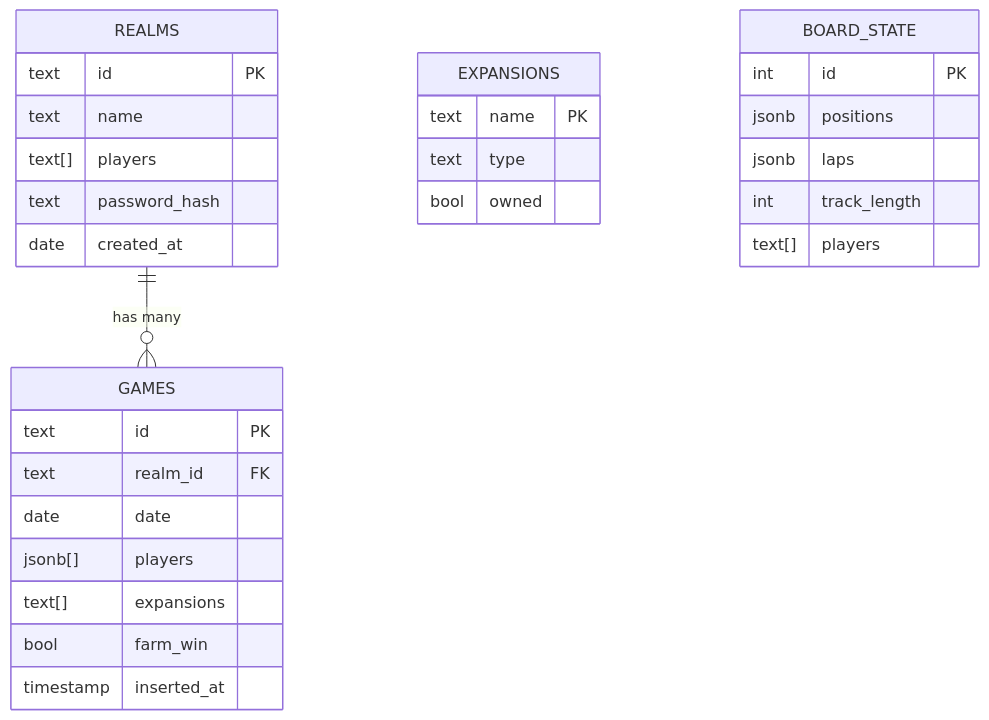
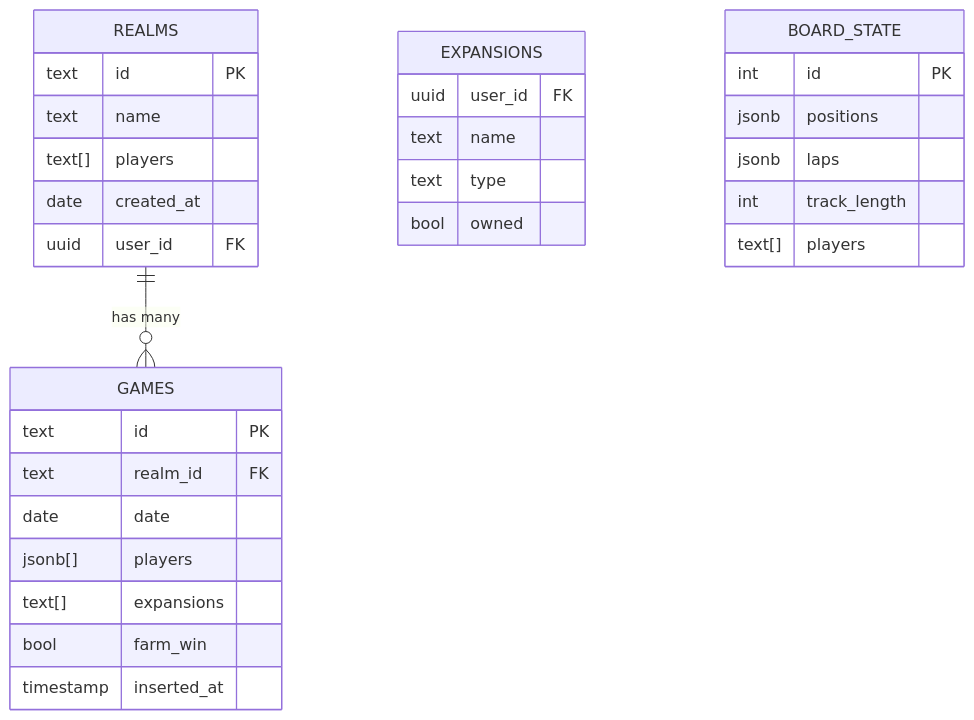
One commit to poojanp00/carcasonne-tracker changed the second of 4 diagrams in README.md. Above: the diagram before and after it, drawn with Mermaid. The commit also changed other lines of this file and 14 other files, not shown here.

````diff
--- a/README.md
+++ b/README.md
@@ -88,36 +88,37 @@
 ```mermaid
 erDiagram
     REALMS {
         text id PK
         text name
         text[] players
-        text password_hash
         date created_at
+        uuid user_id FK
     }
 
     GAMES {
         text id PK
         text realm_id FK
         date date
         jsonb[] players
         text[] expansions
         bool farm_win
         timestamp inserted_at
     }
 
     EXPANSIONS {
-        text name PK
+        uuid user_id FK
+        text name
         text type
         bool owned
     }
 
     BOARD_STATE {
         int id PK
         jsonb positions
         jsonb laps
         int track_length
         text[] players
     }
 
     REALMS ||--o{ GAMES : "has many"
 ```
````
